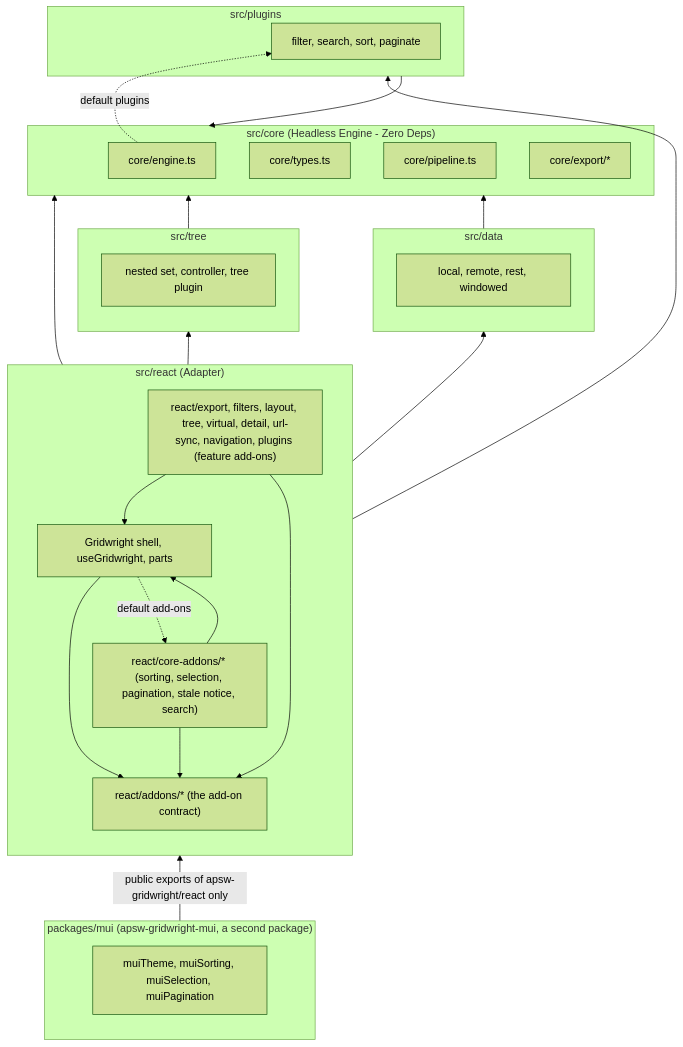
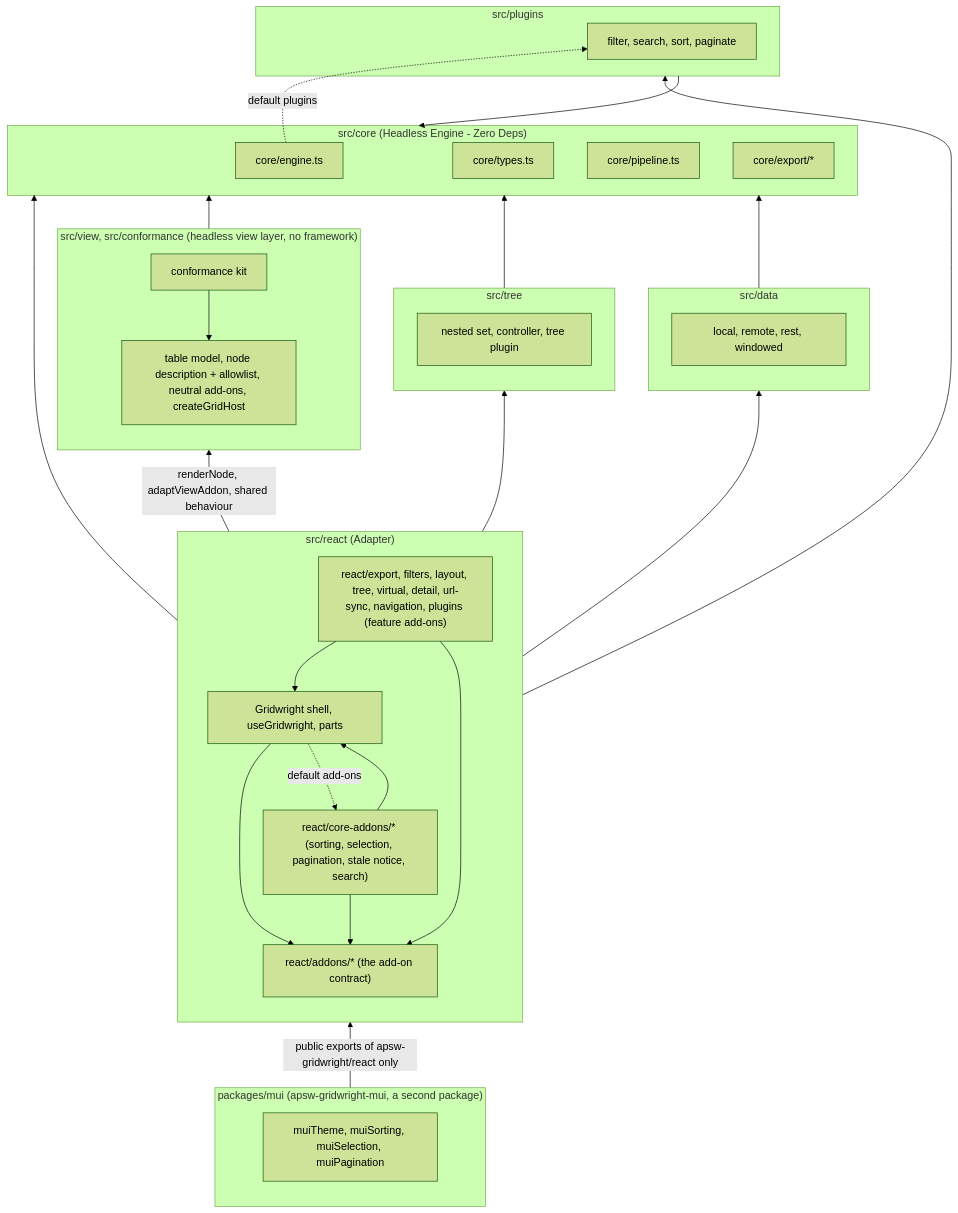
One commit to yaotzin1/apsw-gridwright changed the first of 3 diagrams in specs/DEPENDENCY_MAP.md. Above: the diagram before and after it, drawn with Mermaid (forest theme). The commit also changed other lines of this file and 95 other files, not shown here.

First line of the commit message:
feat(view): framework-neutral view layer, apsw-gridwright/view and /conformance (#151)

````diff
--- a/specs/DEPENDENCY_MAP.md
+++ b/specs/DEPENDENCY_MAP.md
@@ -7,49 +7,57 @@
 ```mermaid
 graph BT
     subgraph ReactLayer["src/react (Adapter)"]
         Shell["Gridwright shell, useGridwright, parts"]
         Contract["react/addons/* (the add-on contract)"]
         CoreAddons["react/core-addons/* (sorting, selection, pagination, stale notice, search)"]
         FeatureAddons["react/export, filters, layout, tree, virtual, detail, url-sync, navigation, plugins (feature add-ons)"]
 
         Shell --> Contract
         Shell -. "default add-ons" .-> CoreAddons
         CoreAddons --> Contract
         FeatureAddons --> Contract
         CoreAddons --> Shell
         FeatureAddons --> Shell
+    end
+
+    subgraph ViewLayer["src/view, src/conformance (headless view layer, no framework)"]
+        ViewModel["table model, node description + allowlist, neutral add-ons, createGridHost"]
+        Kit["conformance kit"]
     end
 
     subgraph PluginsLayer["src/plugins"]
         BuiltinPlugins["filter, search, sort, paginate"]
     end
 
     subgraph TreeLayer["src/tree"]
         TreeCore["nested set, controller, tree plugin"]
     end
 
     subgraph DataLayer["src/data"]
         DataSources["local, remote, rest, windowed"]
     end
 
     subgraph CoreLayer["src/core (Headless Engine - Zero Deps)"]
         Engine["core/engine.ts"]
         CoreTypes["core/types.ts"]
         Pipeline["core/pipeline.ts"]
         CoreExport["core/export/*"]
     end
 
     subgraph MuiPackage["packages/mui (apsw-gridwright-mui, a second package)"]
         MuiViews["muiTheme, muiSorting, muiSelection, muiPagination"]
     end
 
     MuiPackage -- "public exports of apsw-gridwright/react only" --> ReactLayer
     ReactLayer --> CoreLayer
+    ReactLayer -- "renderNode, adaptViewAddon, shared behaviour" --> ViewLayer
+    ViewLayer --> CoreLayer
+    Kit --> ViewModel
     PluginsLayer --> CoreLayer
     TreeLayer --> CoreLayer
     DataLayer --> CoreLayer
     ReactLayer --> PluginsLayer
     ReactLayer --> TreeLayer
     ReactLayer --> DataLayer
     Engine -. "default plugins" .-> BuiltinPlugins
 ```
````
